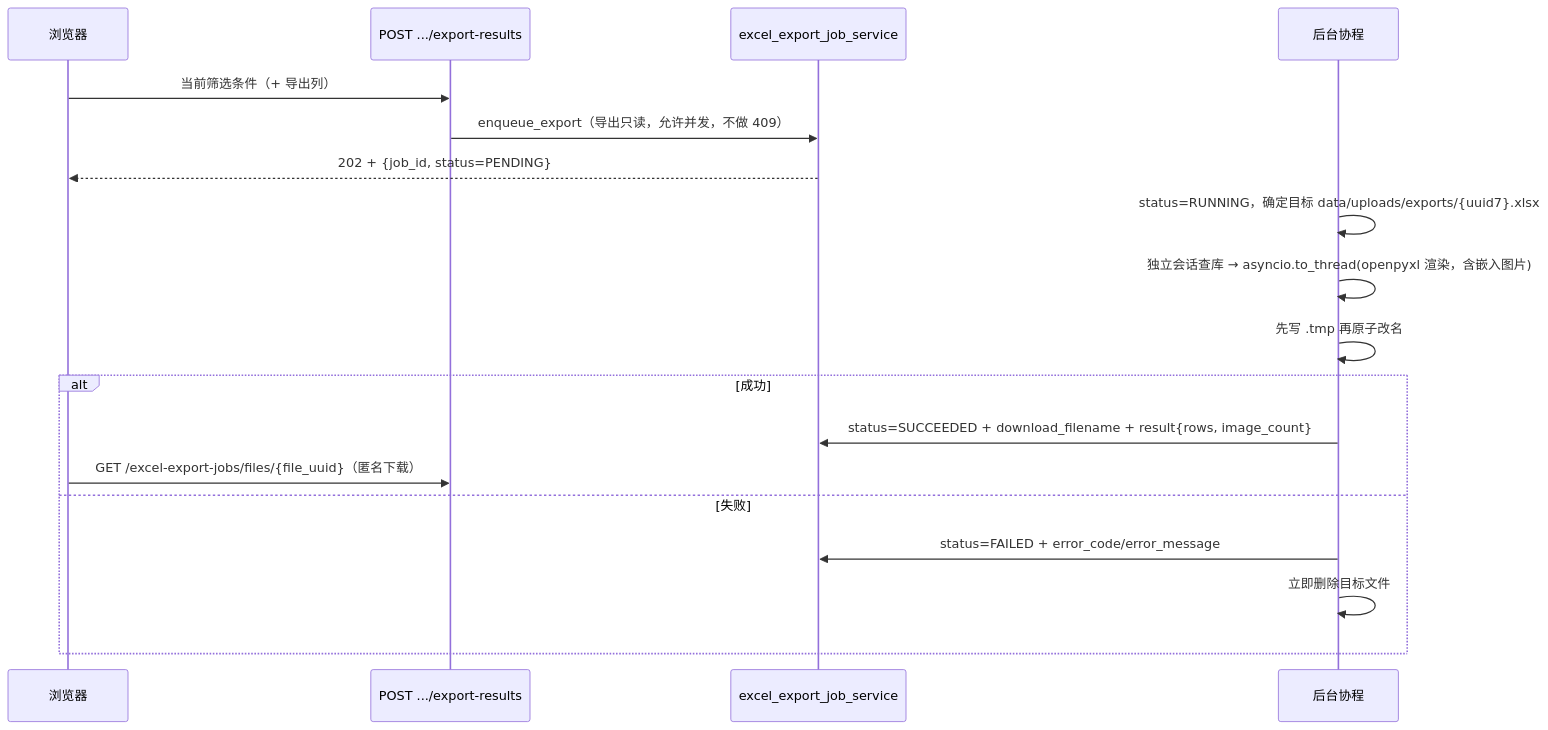
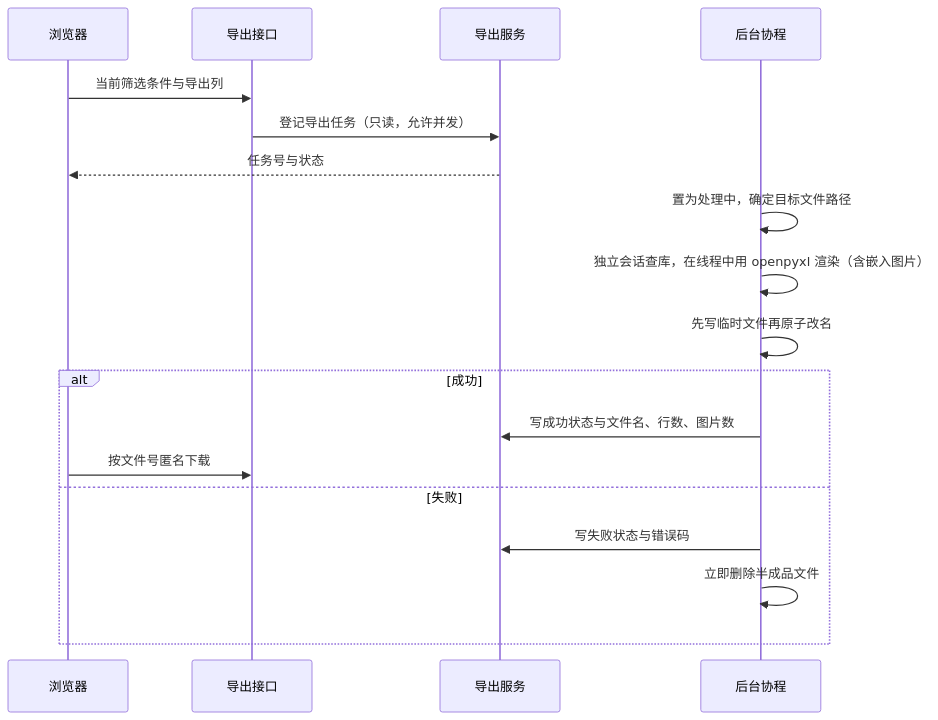
Before and after one commit to Sakana-1314/Electrical-Manager: diagram 17 of 27 in docs/websites/pages/dev-flows.md, drawn with Mermaid. The commit also changed other lines of this file and 24 other files, not shown here.

Commit message:
docs: 重构文档站（部署指南 / 接口 / 系统设计 + 图表化） (#301)

````diff
--- a/docs/websites/pages/dev-flows.md
+++ b/docs/websites/pages/dev-flows.md
@@ -251,20 +264,20 @@
 ```mermaid
 sequenceDiagram
     participant U as 浏览器
-    participant API as POST .../export-results
-    participant S as excel_export_job_service
+    participant API as 导出接口
+    participant S as 导出服务
     participant BG as 后台协程
-    U->>API: 当前筛选条件（+ 导出列）
-    API->>S: enqueue_export（导出只读，允许并发，不做 409）
-    S-->>U: 202 + {job_id, status=PENDING}
-    BG->>BG: status=RUNNING，确定目标 data/uploads/exports/{uuid7}.xlsx
-    BG->>BG: 独立会话查库 → asyncio.to_thread(openpyxl 渲染，含嵌入图片)
-    BG->>BG: 先写 .tmp 再原子改名
+    U->>API: 当前筛选条件与导出列
+    API->>S: 登记导出任务（只读，允许并发）
+    S-->>U: 任务号与状态
+    BG->>BG: 置为处理中，确定目标文件路径
+    BG->>BG: 独立会话查库，在线程中用 openpyxl 渲染（含嵌入图片）
+    BG->>BG: 先写临时文件再原子改名
     alt 成功
-        BG->>S: status=SUCCEEDED + download_filename + result{rows, image_count}
-        U->>API: GET /excel-export-jobs/files/{file_uuid}（匿名下载）
+        BG->>S: 写成功状态与文件名、行数、图片数
+        U->>API: 按文件号匿名下载
     else 失败
-        BG->>S: status=FAILED + error_code/error_message
-        BG->>BG: 立即删除目标文件
+        BG->>S: 写失败状态与错误码
+        BG->>BG: 立即删除半成品文件
     end
 ```
````
